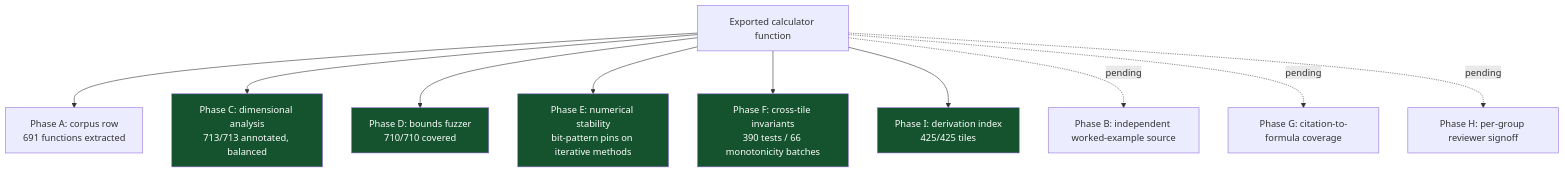
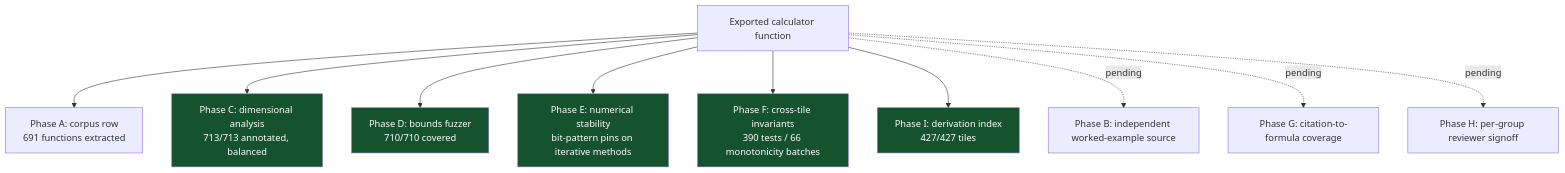
Before and after one commit to clay-good/roughlogic.com: the fourth of 5 diagrams in README.md, drawn with Mermaid. The commit also changed other lines of this file and 18 other files, not shown here.

````diff
--- a/README.md
+++ b/README.md
@@ -212,17 +212,17 @@
 ```mermaid
 flowchart TB
     F[Exported calculator function] --> A[Phase A: corpus row\n691 functions extracted]
     F --> C[Phase C: dimensional analysis\n713/713 annotated, balanced]
     F --> D[Phase D: bounds fuzzer\n710/710 covered]
     F --> E[Phase E: numerical stability\nbit-pattern pins on iterative methods]
     F --> Fa[Phase F: cross-tile invariants\n390 tests / 66 monotonicity batches]
-    F --> I[Phase I: derivation index\n425/425 tiles]
+    F --> I[Phase I: derivation index\n427/427 tiles]
     F -.pending.-> B[Phase B: independent worked-example source]
     F -.pending.-> G[Phase G: citation-to-formula coverage]
     F -.pending.-> H[Phase H: per-group reviewer signoff]
     style C fill:#14532d,color:#fff
     style D fill:#14532d,color:#fff
     style E fill:#14532d,color:#fff
     style Fa fill:#14532d,color:#fff
     style I fill:#14532d,color:#fff
 ```
````
